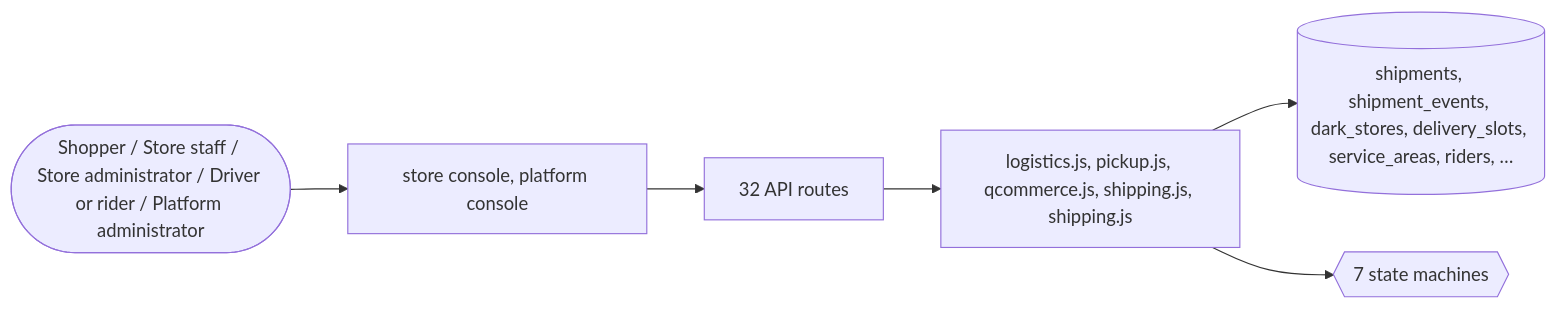
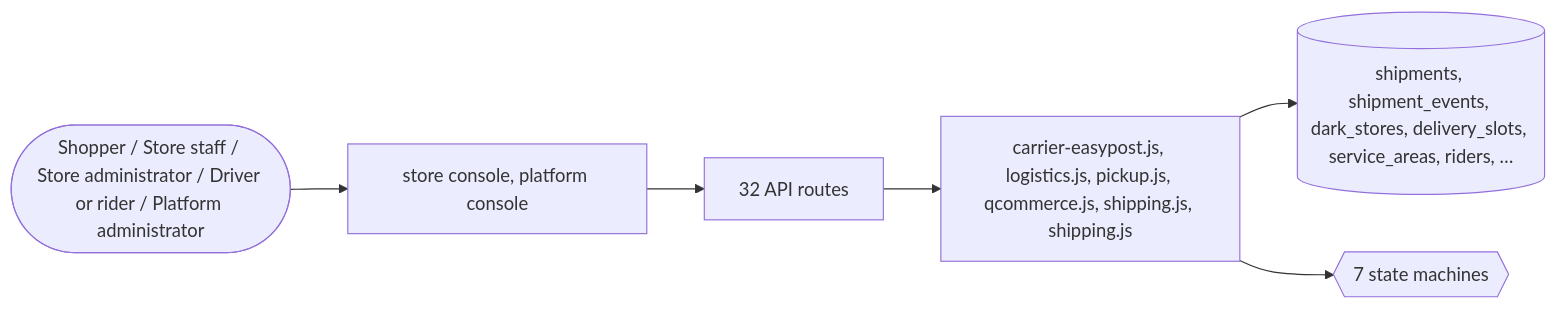
Before and after one commit to echelonxventures-Projects/universal-product: the eighth of 8 diagrams in docs/domains/shipping.md, drawn with Mermaid. The commit also changed other lines of this file and 22 other files, not shown here.

````diff
--- a/docs/domains/shipping.md
+++ b/docs/domains/shipping.md
@@ -419,8 +420,8 @@
 ```mermaid
 flowchart LR
   U([Shopper / Store staff / Store administrator / Driver or rider / Platform administrator]) --> UI[store console, platform console]
   UI --> API[32 API routes]
-  API --> ENG[logistics.js, pickup.js, qcommerce.js, shipping.js, shipping.js]
+  API --> ENG[carrier-easypost.js, logistics.js, pickup.js, qcommerce.js, shipping.js, shipping.js]
   ENG --> DB[(shipments, shipment_events, dark_stores, delivery_slots, service_areas, riders, …)]
   ENG --> SM{{7 state machines}}
 ```
````
